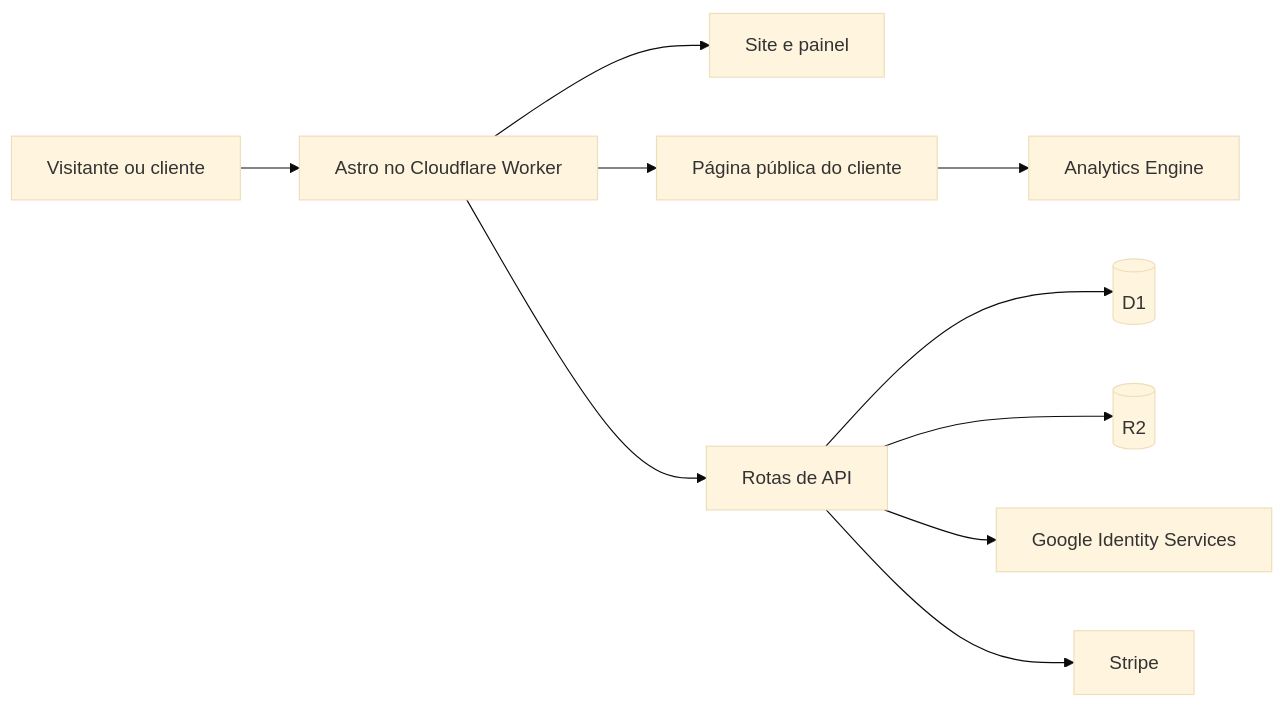
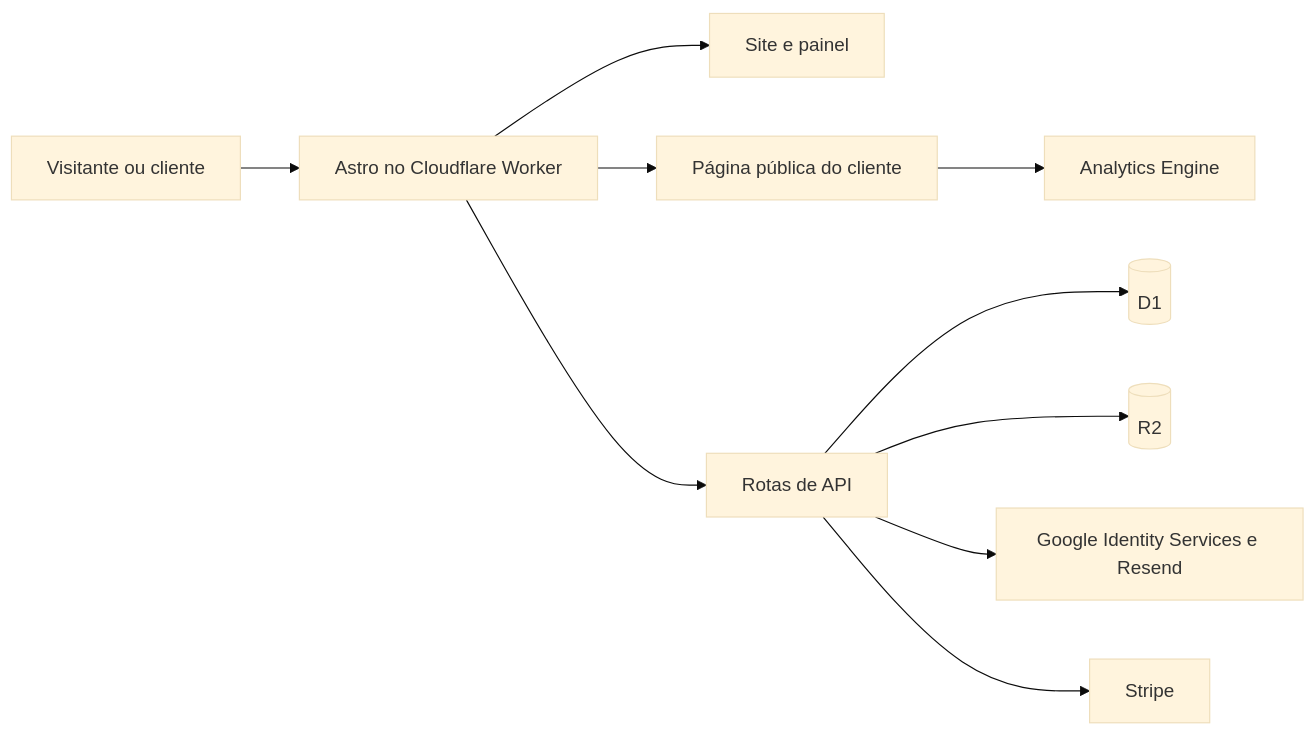
One commit to Typistar-TI/vira changed the diagram in README.md. Above: the diagram before and after it, drawn with Mermaid (base theme). The commit also changed other lines of this file and 122 other files, not shown here.

````diff
--- a/README.md
+++ b/README.md
@@ -33,12 +34,12 @@
 ```mermaid
 flowchart LR
     A[Visitante ou cliente] --> B[Astro no Cloudflare Worker]
     B --> C[Site e painel]
     B --> D[Página pública do cliente]
     B --> E[Rotas de API]
     E --> F[(D1)]
     E --> G[(R2)]
-    E --> H[Google Identity Services]
+    E --> H[Google Identity Services e Resend]
     E --> I[Stripe]
     D --> J[Analytics Engine]
 ```
````
